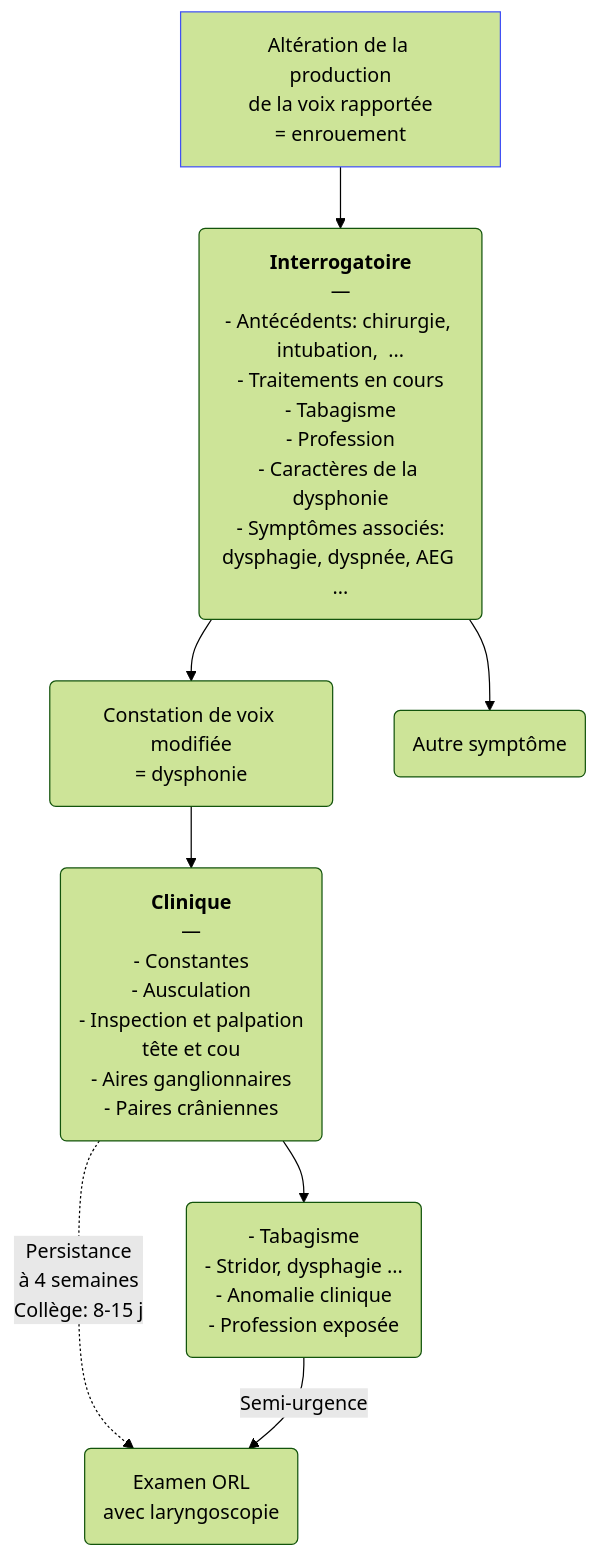
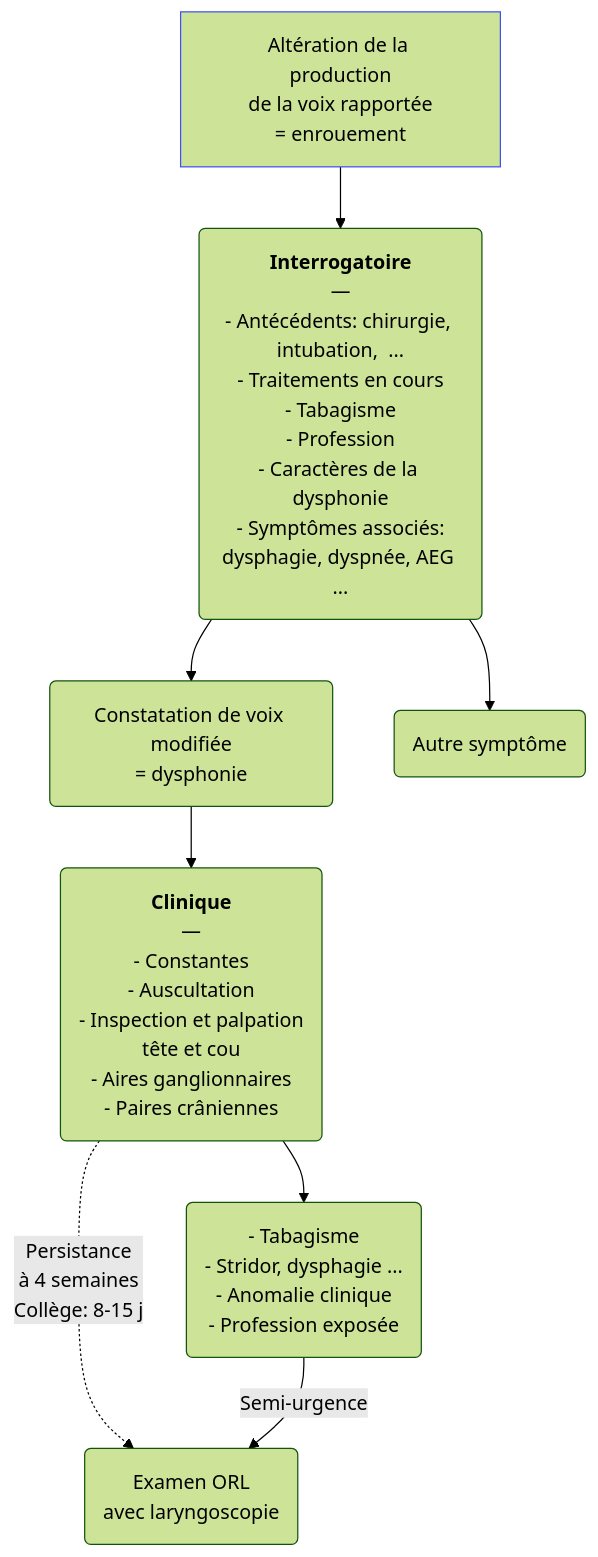
The diagram in content/recommandations/dysphonie.md (djibe/recommandations-medicales), drawn with Mermaid (forest theme) before and after one commit. The commit also changed other lines of this file and 8 other files, not shown here.

```diff
--- a/content/recommandations/dysphonie.md
+++ b/content/recommandations/dysphonie.md
@@ -199,7 +199,7 @@
 {{< mermaid title="Prise en charge de la dysphonie. Dr JB Fron d'après AAO-HNS et Collège" >}}
 graph TB
-  enrouement["Altération de la production<br>de la voix rapportée<br>= enrouement"] --> interrogatoire("<b>Interrogatoire</b><br>—<br>- Antécédents: chirurgie, intubation,  ...<br>- Traitements en cours<br>- Tabagisme<br>- Profession<br>- Caractères de la dysphonie<br>- Symptômes associés:<br>dysphagie, dyspnée, AEG ...") --> dysphonie("Constation de voix modifiée<br>= dysphonie") --> clinique(<b>Clinique</b><br>—<br>- Constantes<br>- Ausculation<br>- Inspection et palpation<br>tête et cou<br>- Aires ganglionnaires<br>- Paires crâniennes) -. "Persistance<br>à 4 semaines<br>Collège: 8-15 j" .-> ORL("Examen ORL<br>avec laryngoscopie")
+  enrouement["Altération de la production<br>de la voix rapportée<br>= enrouement"] --> interrogatoire("<b>Interrogatoire</b><br>—<br>- Antécédents: chirurgie, intubation,  ...<br>- Traitements en cours<br>- Tabagisme<br>- Profession<br>- Caractères de la dysphonie<br>- Symptômes associés:<br>dysphagie, dyspnée, AEG ...") --> dysphonie("Constatation de voix modifiée<br>= dysphonie") --> clinique(<b>Clinique</b><br>—<br>- Constantes<br>- Auscultation<br>- Inspection et palpation<br>tête et cou<br>- Aires ganglionnaires<br>- Paires crâniennes) -. "Persistance<br>à 4 semaines<br>Collège: 8-15 j" .-> ORL("Examen ORL<br>avec laryngoscopie")
     clinique --> gravité("- Tabagisme<br>- Stridor, dysphagie ...<br>- Anomalie clinique<br>- Profession exposée") -- Semi-urgence --> ORL
     interrogatoire --> autre(Autre symptôme)
   style enrouement stroke:#4150f5, stroke-width:1px
 {{< /mermaid >}}
```
